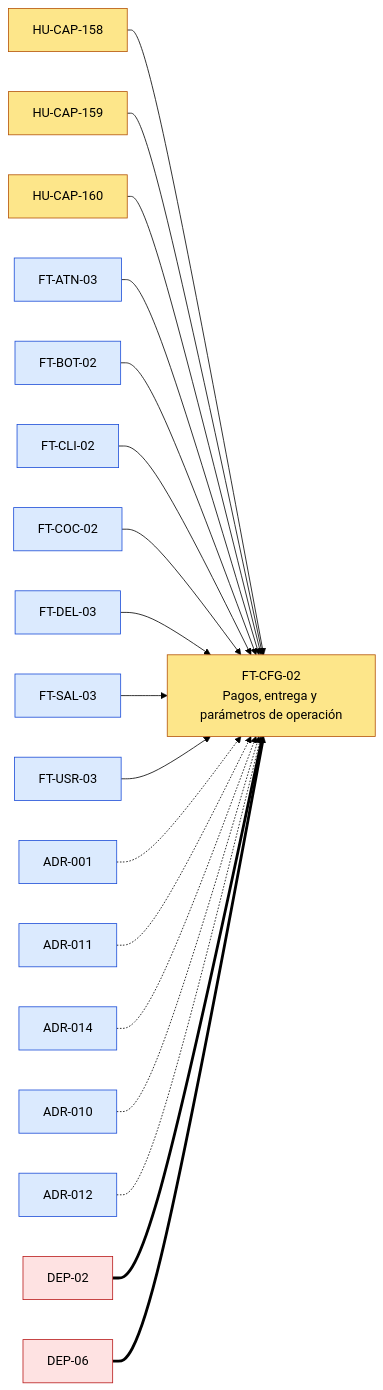
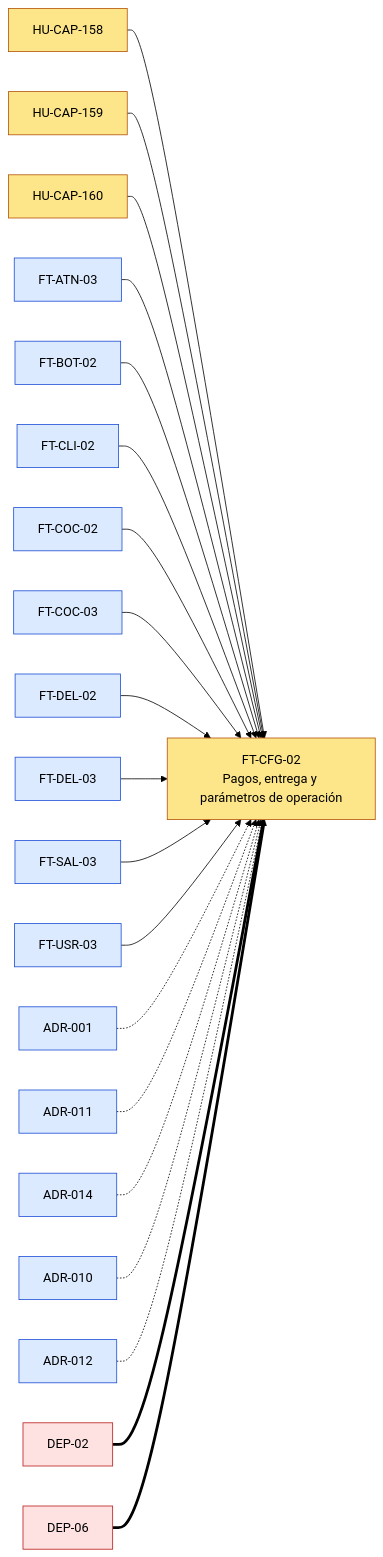
One commit to JoseEM26/caprichos changed the first of 4 diagrams in docs/dor/DOR-FT-CFG-02-pagos-entrega-y-parametros-de-operacion.md. Above: the diagram before and after it, drawn with Mermaid (forest theme). The commit also changed other lines of this file and 208 other files, not shown here.

````diff
--- a/docs/dor/DOR-FT-CFG-02-pagos-entrega-y-parametros-de-operacion.md
+++ b/docs/dor/DOR-FT-CFG-02-pagos-entrega-y-parametros-de-operacion.md
@@ -51,24 +51,26 @@
 ```mermaid
 flowchart LR
   classDef evaluado fill:#fde68a,stroke:#b45309
   classDef interna fill:#dbeafe,stroke:#1d4ed8
   classDef externa fill:#fee2e2,stroke:#b91c1c
   FT_CFG_02["FT-CFG-02<br>Pagos, entrega y parámetros de operación"]:::evaluado
   HU_CAP_158["HU-CAP-158"]:::evaluado --> FT_CFG_02
   HU_CAP_159["HU-CAP-159"]:::evaluado --> FT_CFG_02
   HU_CAP_160["HU-CAP-160"]:::evaluado --> FT_CFG_02
   FT_ATN_03["FT-ATN-03"]:::interna --> FT_CFG_02
   FT_BOT_02["FT-BOT-02"]:::interna --> FT_CFG_02
   FT_CLI_02["FT-CLI-02"]:::interna --> FT_CFG_02
   FT_COC_02["FT-COC-02"]:::interna --> FT_CFG_02
+  FT_COC_03["FT-COC-03"]:::interna --> FT_CFG_02
+  FT_DEL_02["FT-DEL-02"]:::interna --> FT_CFG_02
   FT_DEL_03["FT-DEL-03"]:::interna --> FT_CFG_02
   FT_SAL_03["FT-SAL-03"]:::interna --> FT_CFG_02
   FT_USR_03["FT-USR-03"]:::interna --> FT_CFG_02
   ADR_001["ADR-001"]:::interna -.-> FT_CFG_02
   ADR_011["ADR-011"]:::interna -.-> FT_CFG_02
   ADR_014["ADR-014"]:::interna -.-> FT_CFG_02
   ADR_010["ADR-010"]:::interna -.-> FT_CFG_02
   ADR_012["ADR-012"]:::interna -.-> FT_CFG_02
   DEP_02["DEP-02"]:::externa ==> FT_CFG_02
   DEP_06["DEP-06"]:::externa ==> FT_CFG_02
 ```
````
